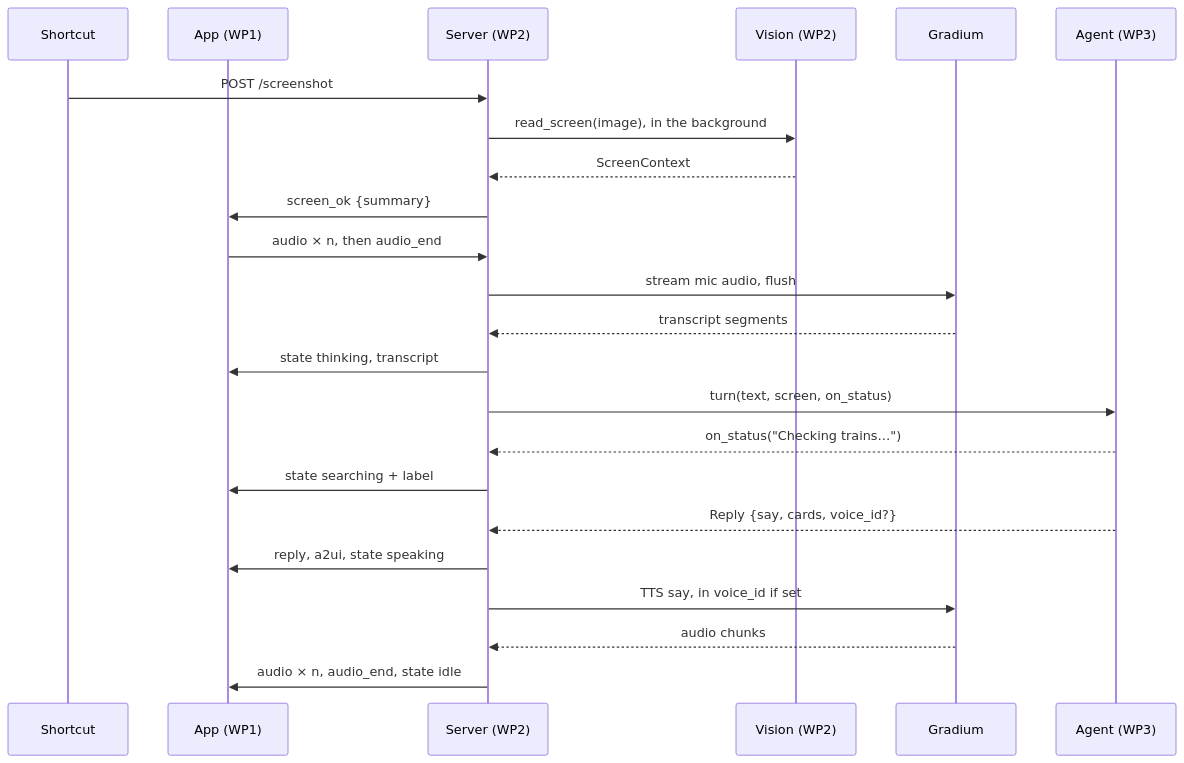
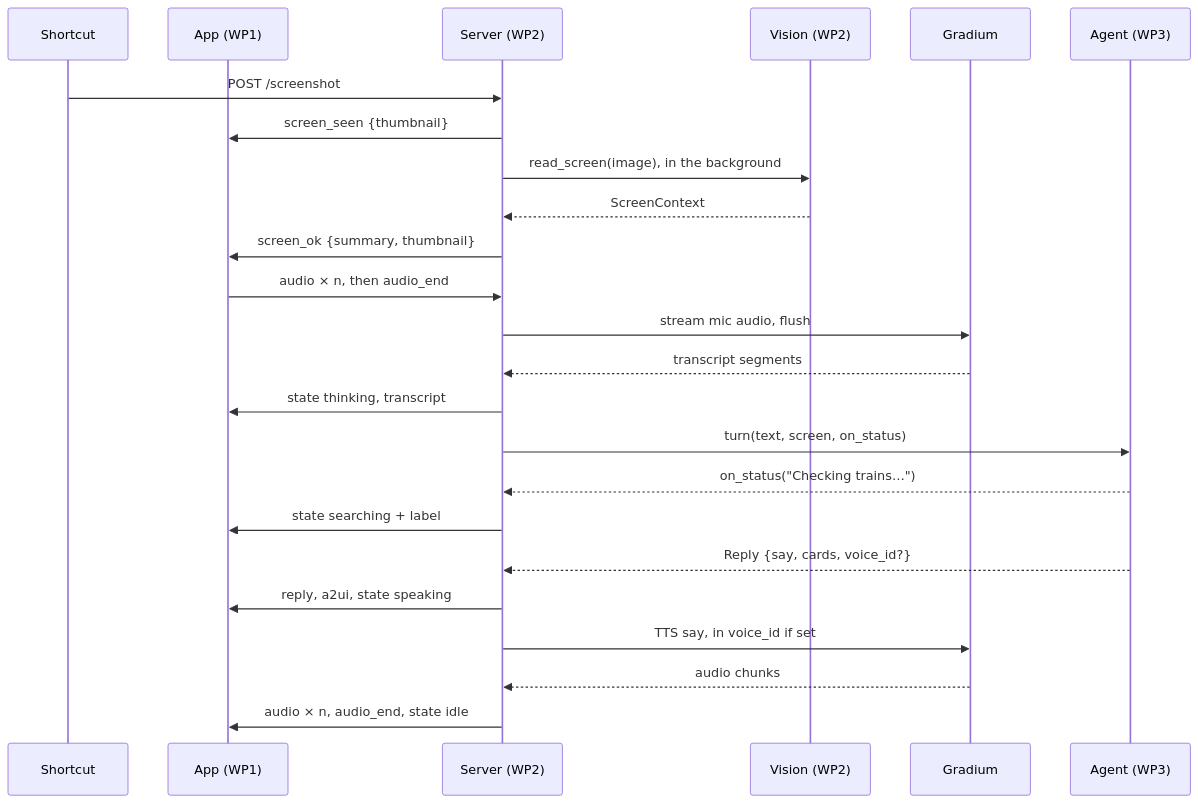
Before and after one commit to Orb-agent/micro-intent: the diagram in docs/contracts.md, drawn with Mermaid. The commit also changed other lines of this file and 10 other files, not shown here.

First line of the commit message:
feat(screen): screenshot thumbnail in screen_seen (at once) and screen_ok (contracts § WebSocket)

````diff
--- a/docs/contracts.md
+++ b/docs/contracts.md
@@ -30,25 +30,26 @@
 ```mermaid
 sequenceDiagram
   participant SC as Shortcut
   participant App as App (WP1)
   participant S as Server (WP2)
   participant V as Vision (WP2)
   participant G as Gradium
   participant A as Agent (WP3)
   SC->>S: POST /screenshot
+  S->>App: screen_seen {thumbnail}
   S->>V: read_screen(image), in the background
   V-->>S: ScreenContext
-  S->>App: screen_ok {summary}
+  S->>App: screen_ok {summary, thumbnail}
   App->>S: audio × n, then audio_end
   S->>G: stream mic audio, flush
   G-->>S: transcript segments
   S->>App: state thinking, transcript
   S->>A: turn(text, screen, on_status)
   A-->>S: on_status("Checking trains…")
   S->>App: state searching + label
   A-->>S: Reply {say, cards, voice_id?}
   S->>App: reply, a2ui, state speaking
   S->>G: TTS say, in voice_id if set
   G-->>S: audio chunks
   S->>App: audio × n, audio_end, state idle
 ```
````
